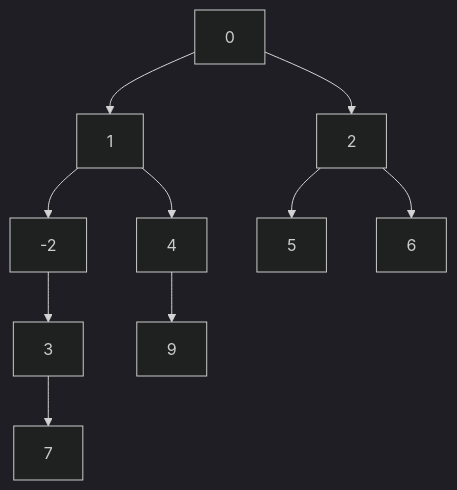
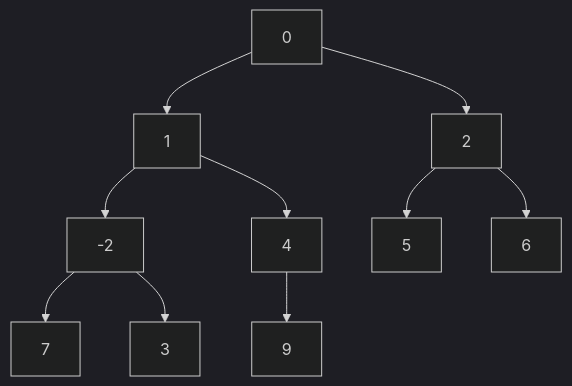
The third of 4 diagrams in README.md (alkasher/Binary_Heap), drawn with Mermaid (dark theme) before and after one commit. The commit also changed other lines of this file, not shown here.

````diff
--- a/README.md
+++ b/README.md
@@ -35,12 +35,12 @@
 ```mermaid
 graph TD;
     0-->1;
     0-->2;
     1-->-2;
     1-->4;
     2-->5;
     2-->6;
-    3-->7;
+    -2-->7;
     -2-->3;
     4-->9;
 ```
````
